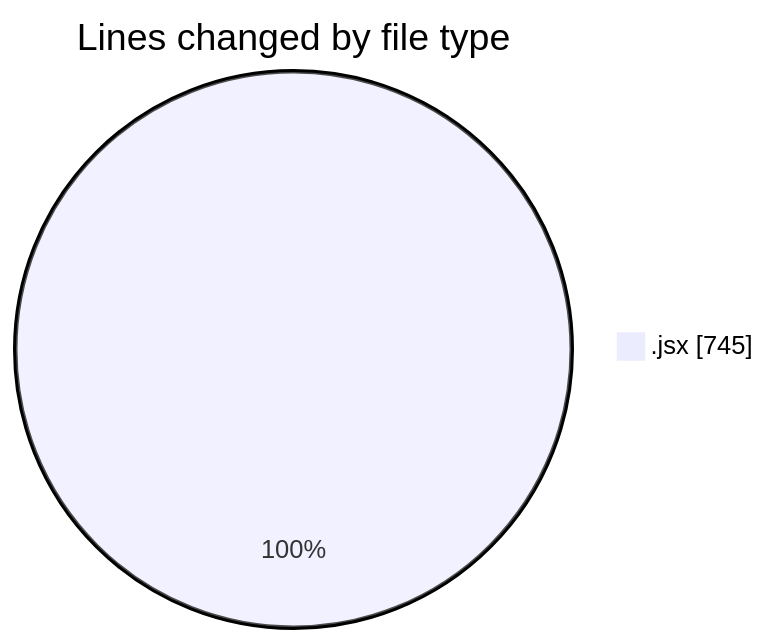
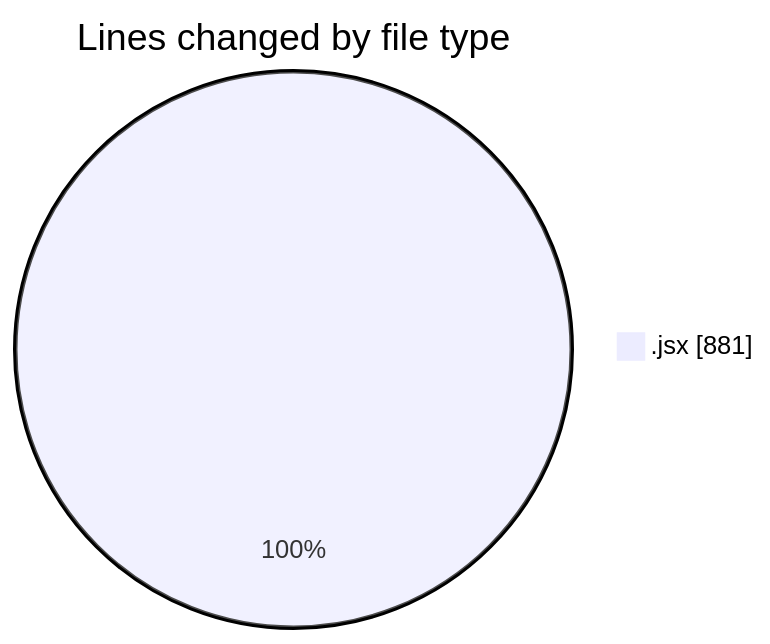
Before and after one commit to nxtqubesakshisongat/code-tracking: the first of 2 diagrams in 2025-07-09/argos/README.md, drawn with Mermaid. The commit also changed other lines of this file and 1 other file, not shown here.

````diff
--- a/2025-07-09/argos/README.md
+++ b/2025-07-09/argos/README.md
@@ -20,5 +20,5 @@
 ```mermaid
 pie showData
 title Lines changed by file type
-".jsx" : 745
+".jsx" : 881
 ```
````
